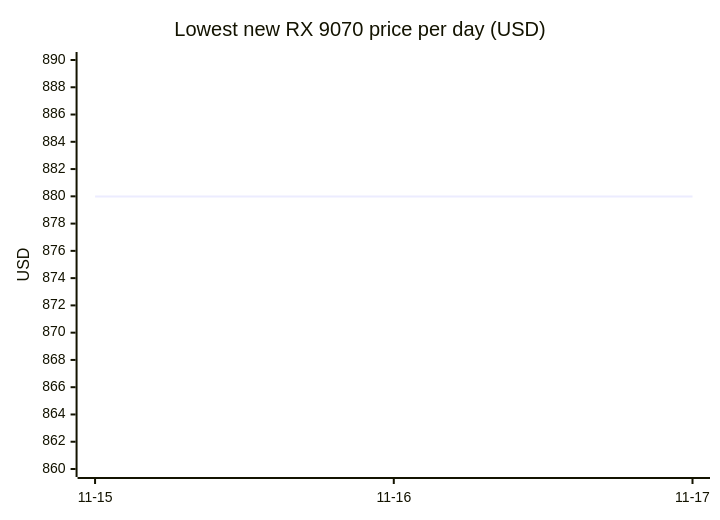
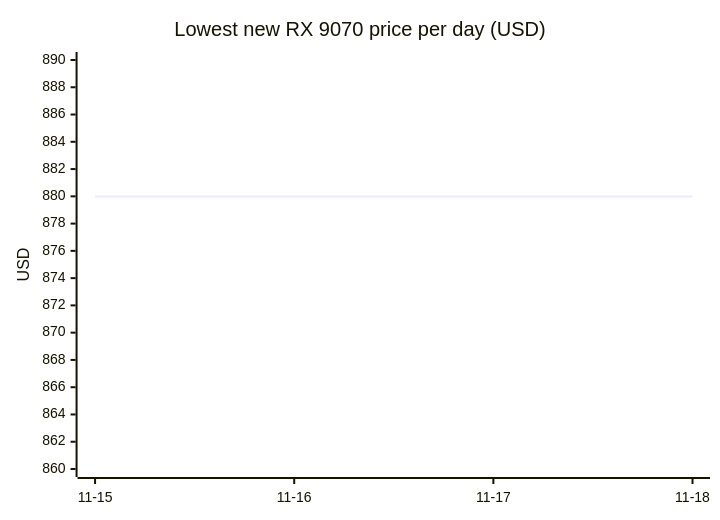
Diagram 12 of 18 in README.md (7324136828/4tb_ssd_price_watch), drawn with Mermaid before and after one commit. The commit also changed other lines of this file, not shown here.

````diff
--- a/README.md
+++ b/README.md
@@ -625,7 +674,7 @@
 ```mermaid
 xychart-beta
     title "Lowest new RX 9070 price per day (USD)"
-    x-axis ["11-15", "11-16", "11-17"]
+    x-axis ["11-15", "11-16", "11-17", "11-18"]
     y-axis "USD" 860 --> 890
-    line [879.99, 879.99, 879.99]
+    line [879.99, 879.99, 879.99, 879.99]
 ```
````
